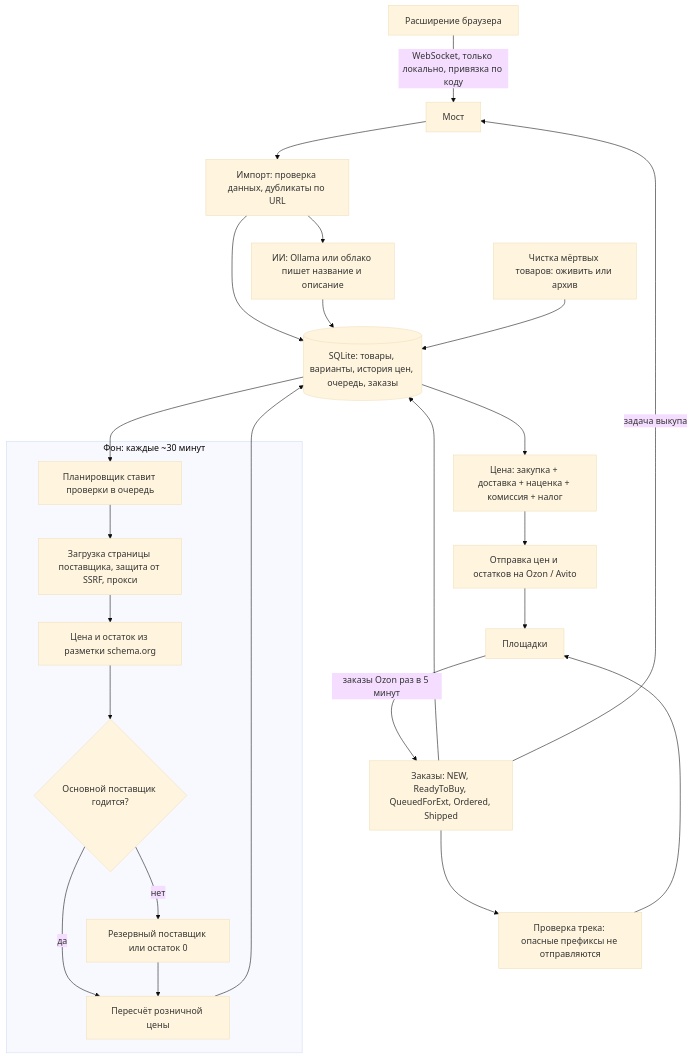
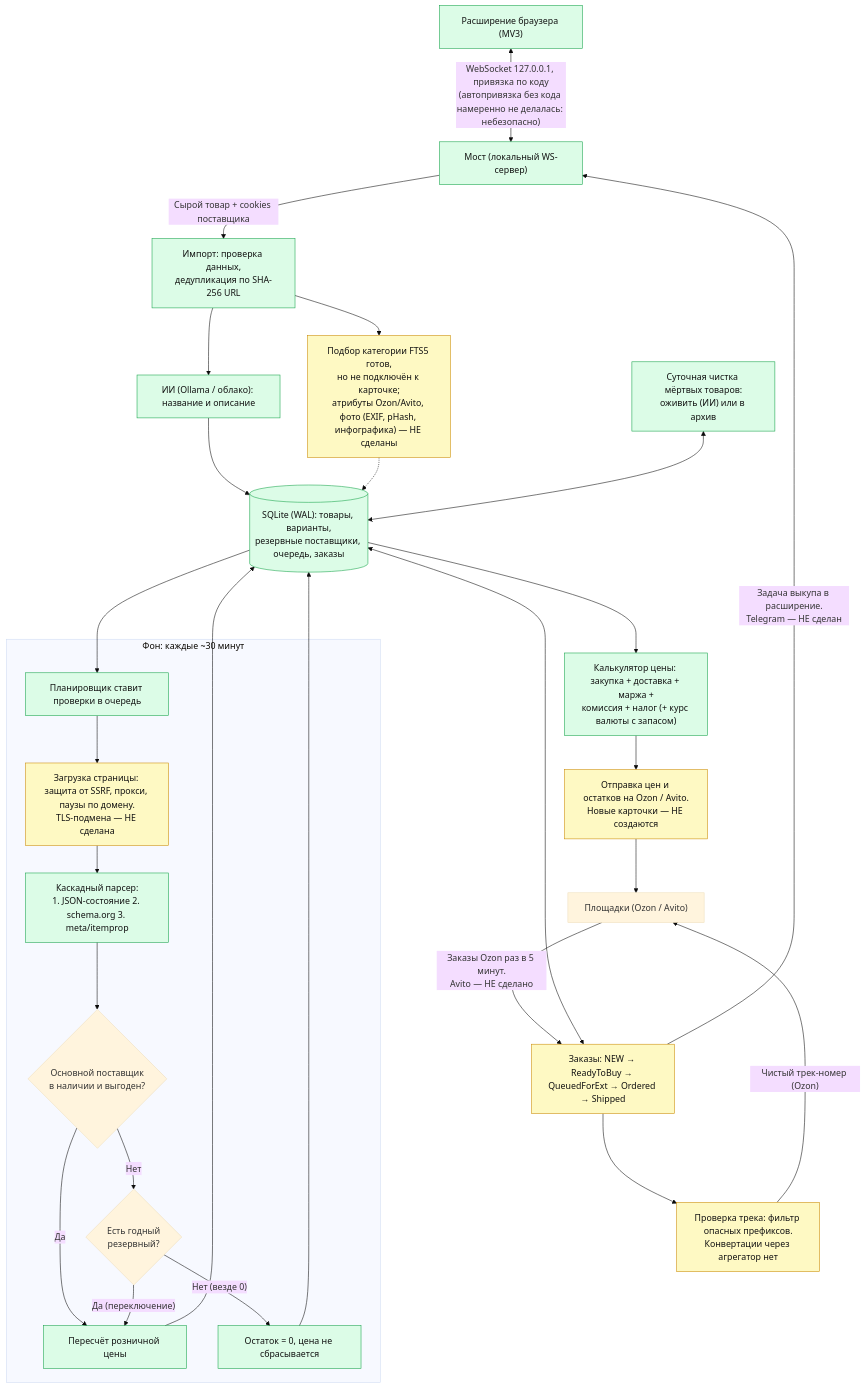
Before and after one commit to kclazzy/Dropshiptest: the diagram in docs/scheme-core.mmd, drawn with Mermaid (base theme). The commit also changed 8 other files, not shown here.

```diff
--- a/docs/scheme-core.mmd
+++ b/docs/scheme-core.mmd
@@ -1,25 +1,30 @@
 flowchart TD
-  X[Расширение браузера] -- WebSocket, только локально, привязка по коду --> BR[Мост]
-  BR --> IM[Импорт: проверка данных, дубликаты по URL]
-  IM --> DB[(SQLite: товары, варианты, история цен, очередь, заказы)]
-  IM --> AI[ИИ: Ollama или облако пишет название и описание]
-  AI --> DB
-  DB --> PR[Цена: закупка + доставка + наценка + комиссия + налог]
-  subgraph LOOP[Фон: каждые ~30 минут]
-    M1[Планировщик ставит проверки в очередь] --> M2[Загрузка страницы поставщика, защита от SSRF, прокси]
-    M2 --> M3[Цена и остаток из разметки schema.org]
-    M3 --> M4{Основной поставщик годится?}
-    M4 -- нет --> M5[Резервный поставщик или остаток 0]
-    M4 -- да --> M6[Пересчёт розничной цены]
-    M5 --> M6
+  Ext["Расширение браузера (MV3)"]:::ok <-->|"WebSocket 127.0.0.1, привязка по коду<br/>(автопривязка без кода намеренно не делалась: небезопасно)"| Bridge["Мост (локальный WS-сервер)"]:::ok
+  Bridge -->|"Сырой товар + cookies поставщика"| Import["Импорт: проверка данных,<br/>дедупликация по SHA-256 URL"]:::ok
+  Import --> AI["ИИ (Ollama / облако): название и описание"]:::ok
+  Import --> Cat["Подбор категории FTS5 готов,<br/>но не подключён к карточке;<br/>атрибуты Ozon/Avito, фото (EXIF, pHash, инфографика) — НЕ сделаны"]:::part
+  AI --> DB[("SQLite (WAL): товары, варианты,<br/>резервные поставщики, очередь, заказы")]:::ok
+  Cat -.-> DB
+  Pruner["Суточная чистка мёртвых товаров:<br/>оживить (ИИ) или в архив"]:::ok <--> DB
+  subgraph Monitor ["Фон: каждые ~30 минут"]
+    Sched["Планировщик ставит проверки в очередь"]:::ok --> Fetch["Загрузка страницы: защита от SSRF, прокси, паузы по домену.<br/>TLS-подмена — НЕ сделана"]:::part
+    Fetch --> Parse["Каскадный парсер:<br/>1. JSON-состояние 2. schema.org 3. meta/itemprop"]:::ok
+    Parse --> CheckMain{"Основной поставщик<br/>в наличии и выгоден?"}
+    CheckMain -->|"Да"| Reprice["Пересчёт розничной цены"]:::ok
+    CheckMain -->|"Нет"| CheckBackup{"Есть годный<br/>резервный?"}
+    CheckBackup -->|"Да (переключение)"| Reprice
+    CheckBackup -->|"Нет (везде 0)"| Zero["Остаток = 0, цена не сбрасывается"]:::ok
   end
-  DB --> M1
-  M6 --> DB
-  PR --> SY[Отправка цен и остатков на Ozon / Avito]
-  SY --> ST[Площадки]
-  ST -- заказы Ozon раз в 5 минут --> OR[Заказы: NEW, ReadyToBuy, QueuedForExt, Ordered, Shipped]
-  OR --> DB
-  OR -- задача выкупа --> BR
-  OR --> TG[Проверка трека: опасные префиксы не отправляются]
-  TG --> ST
-  PRN[Чистка мёртвых товаров: оживить или архив] --> DB
+  DB --> Sched
+  Reprice --> DB
+  Zero --> DB
+  DB --> Calc["Калькулятор цены: закупка + доставка + маржа +<br/>комиссия + налог (+ курс валюты с запасом)"]:::ok
+  Calc --> Sync["Отправка цен и остатков на Ozon / Avito.<br/>Новые карточки — НЕ создаются"]:::part
+  Sync --> MP["Площадки (Ozon / Avito)"]
+  MP -->|"Заказы Ozon раз в 5 минут.<br/>Avito — НЕ сделано"| Orders["Заказы: NEW → ReadyToBuy → QueuedForExt → Ordered → Shipped"]:::part
+  Orders <--> DB
+  Orders -->|"Задача выкупа в расширение.<br/>Telegram — НЕ сделан"| Bridge
+  Orders --> Track["Проверка трека: фильтр опасных префиксов.<br/>Конвертации через агрегатор нет"]:::part
+  Track -->|"Чистый трек-номер (Ozon)"| MP
+  classDef ok fill:#dcfce7,stroke:#16a34a,color:#111
+  classDef part fill:#fef9c3,stroke:#ca8a04,color:#111
```
